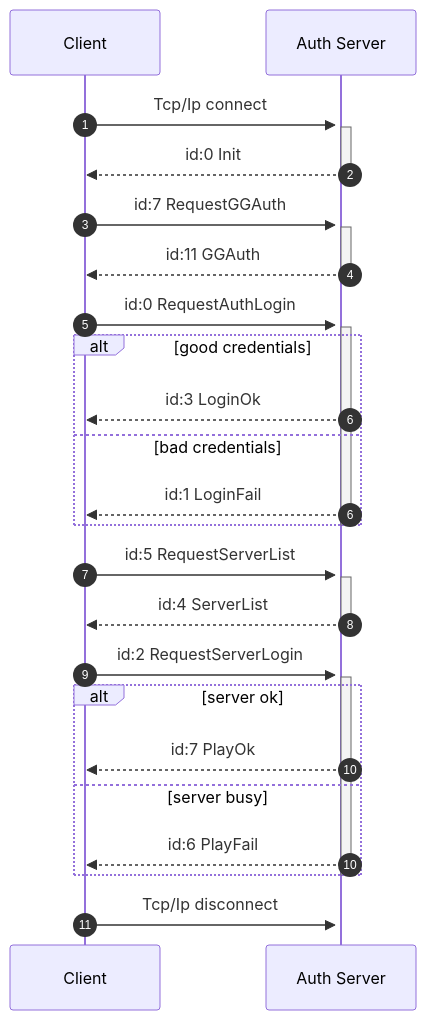
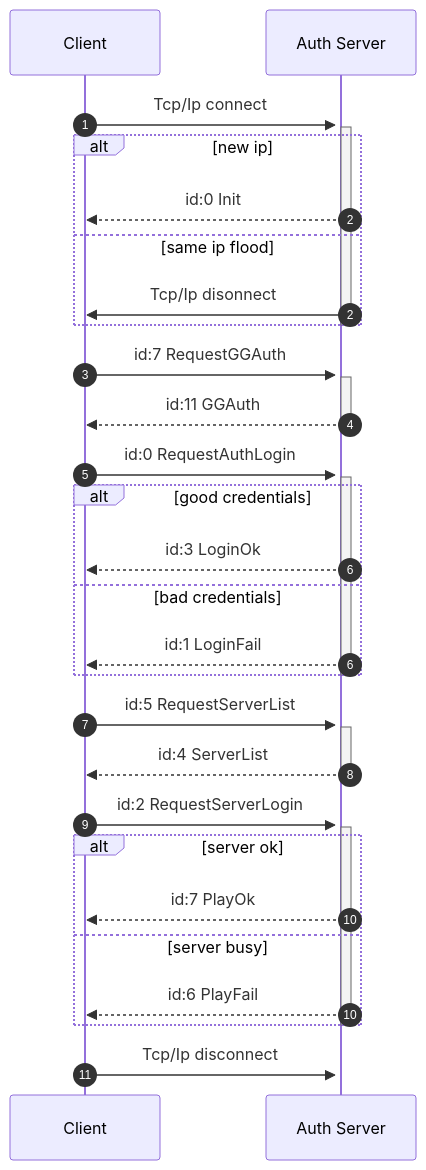
Before and after one commit to melg8/connect: the diagram in docs/protocol_description.md, drawn with Mermaid. The commit also changed 1 other file, not shown here.

````diff
--- a/docs/protocol_description.md
+++ b/docs/protocol_description.md
@@ -10,48 +10,54 @@
 ```mermaid
     sequenceDiagram
     participant Client
     participant Auth Server
     
     autonumber 0
     Client->>+Auth Server: Tcp/Ip connect
     activate Auth Server
-    
+
+    alt new ip
     Auth Server-->>Client: id:0 Init
+    else same ip flood
+    autonumber 2
+    Auth Server->>Client: Tcp/Ip disonnect
+    end
+
     deactivate Auth Server
 
     Client->>Auth Server: id:7 RequestGGAuth
     activate Auth Server
     Auth Server-->>Client: id:11 GGAuth 
     deactivate Auth Server
     
     #Client--o--o Auth Server: Blowfish encryption on
     Client->>Auth Server: id:0 RequestAuthLogin
     activate Auth Server
 
     alt good credentials
         Auth Server-->>Client: id:3 LoginOk 
     else bad credentials
         autonumber 6
         Auth Server-->>Client: id:1 LoginFail
     end
     
     deactivate Auth Server
 
     Client->>Auth Server: id:5 RequestServerList
     activate Auth Server
     Auth Server-->>Client: id:4 ServerList
     deactivate Auth Server
 
     Client->>Auth Server: id:2 RequestServerLogin
     activate Auth Server
 
     alt server ok
         Auth Server-->>Client: id:7 PlayOk 
     else server busy
         autonumber 10
         Auth Server-->>Client: id:6 PlayFail
     end
     deactivate Auth Server
     
     Client->>Auth Server: Tcp/Ip disconnect
 ```
````
